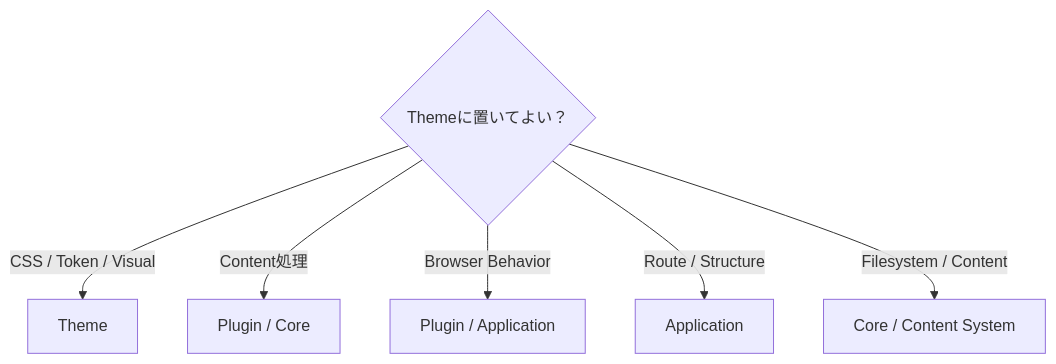
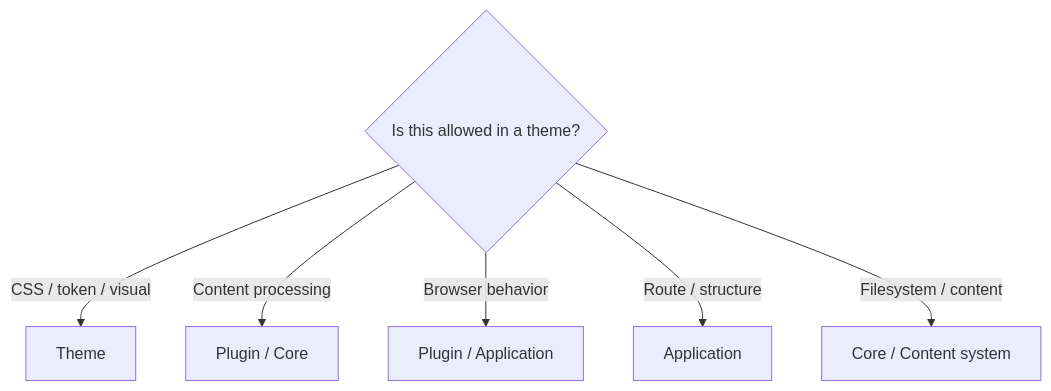
One commit to Rerurate514/riebeckite changed the eighth of 10 diagrams in docs/docs/reference/theme-api.md. Above: the diagram before and after it, drawn with Mermaid. The commit also changed other lines of this file and 604 other files, not shown here.

````diff
--- a/docs/docs/reference/theme-api.md
+++ b/docs/docs/reference/theme-api.md
@@ -911,10 +531,10 @@
-```mermaid id="qpcxoz"
+```mermaid
 flowchart TD
-    Feature{"Themeに置いてよい？"}
+    Feature{"Is this allowed in a theme?"}
 
-    Feature -->|"CSS / Token / Visual"| Yes["Theme"]
-    Feature -->|"Content処理"| Plugin["Plugin / Core"]
-    Feature -->|"Browser Behavior"| Client["Plugin / Application"]
-    Feature -->|"Route / Structure"| App["Application"]
-    Feature -->|"Filesystem / Content"| Core["Core / Content System"]
+    Feature -->|"CSS / token / visual"| Yes["Theme"]
+    Feature -->|"Content processing"| Plugin["Plugin / Core"]
+    Feature -->|"Browser behavior"| Client["Plugin / Application"]
+    Feature -->|"Route / structure"| App["Application"]
+    Feature -->|"Filesystem / content"| Core["Core / Content system"]
 ```
````
